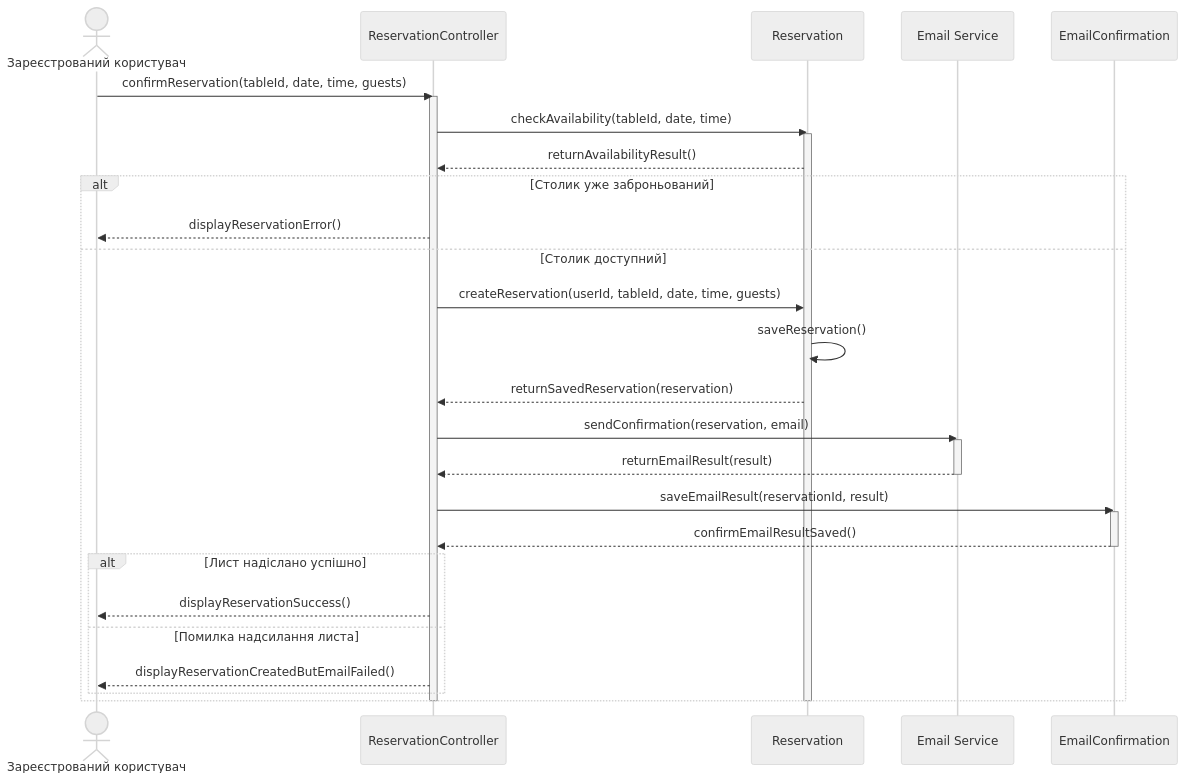
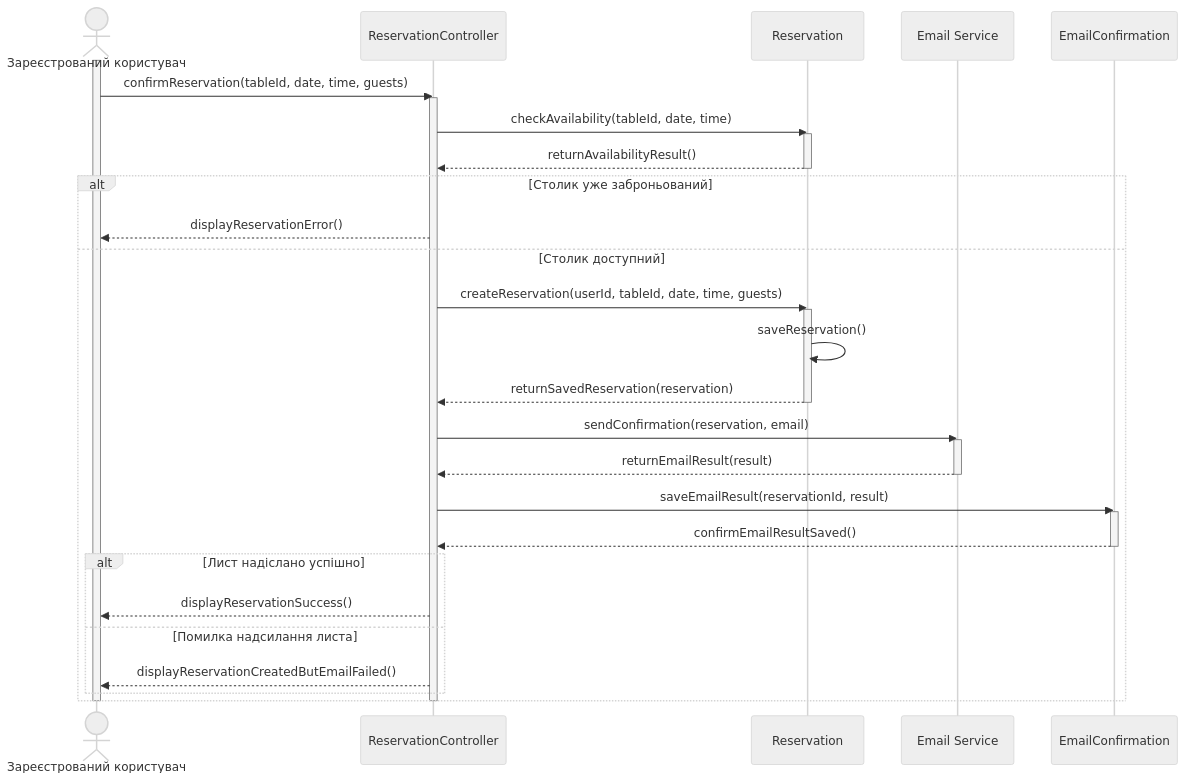
One commit to Vvvvvaleriia/Labs-KPI changed the diagram in lab3/scenario-2.md. Above: the diagram before and after it, drawn with Mermaid (neutral theme).

Commit message:
refine sequence diagram in second scenario

````diff
--- a/lab3/scenario-2.md
+++ b/lab3/scenario-2.md
@@ -30,42 +30,46 @@
 ```mermaid
 sequenceDiagram
     actor User as Зареєстрований користувач
     participant RC as ReservationController
     participant R as Reservation
     participant ES as Email Service
     participant EC as EmailConfirmation
 
+    activate User
     User->>RC: confirmReservation(tableId, date, time, guests)
     activate RC
 
     RC->>R: checkAvailability(tableId, date, time)
     activate R
     R-->>RC: returnAvailabilityResult()
+    deactivate R
 
     alt Столик уже заброньований
         RC-->>User: displayReservationError()
     else Столик доступний
         RC->>R: createReservation(userId, tableId, date, time, guests)
+        activate R
         R->>R: saveReservation()
         R-->>RC: returnSavedReservation(reservation)
+        deactivate R
 
         RC->>ES: sendConfirmation(reservation, email)
         activate ES
         ES-->>RC: returnEmailResult(result)
         deactivate ES
 
         RC->>EC: saveEmailResult(reservationId, result)
         activate EC
         EC-->>RC: confirmEmailResultSaved()
         deactivate EC
 
         alt Лист надіслано успішно
             RC-->>User: displayReservationSuccess()
         else Помилка надсилання листа
             RC-->>User: displayReservationCreatedButEmailFailed()
         end
     end
 
-    deactivate R
     deactivate RC
+    deactivate User
 ```
````
